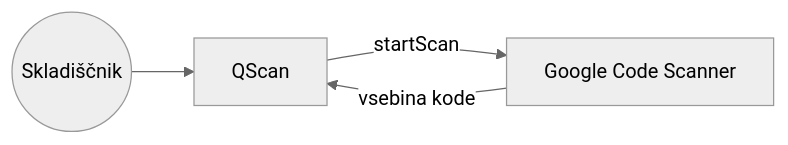
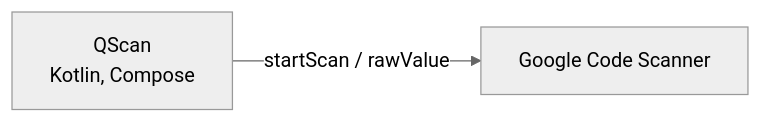
The third of 6 diagrams in docs/SPECIFIKACIJA.md (butarca/QScan), drawn with Mermaid (neutral theme) before and after one commit. The commit also changed other lines of this file and 1 other file, not shown here.

````diff
--- a/docs/SPECIFIKACIJA.md
+++ b/docs/SPECIFIKACIJA.md
@@ -102,6 +206,4 @@
 ```mermaid
 flowchart LR
-    U((Skladiščnik)) --> A[QScan]
-    A -- startScan --> G[Google Code Scanner]
-    G -- vsebina kode --> A
+    APP[QScan<br/>Kotlin, Compose] -->|startScan / rawValue| GS[Google Code Scanner]
 ```
````
